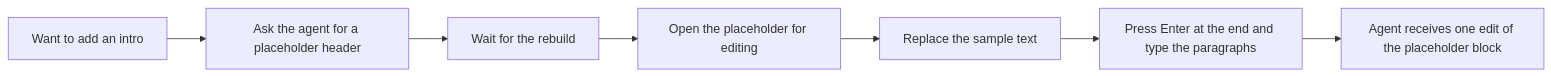
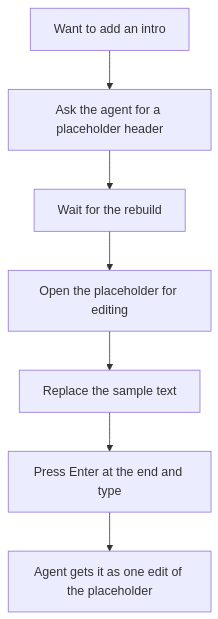
Before and after one commit to kenxle/live-agentic-html-editor: the diagram in docs/features/20260928.01_free_writing/01_brief_free_writing.md, drawn with Mermaid. The commit also changed 1 other file, not shown here.

Commit message:
Free writing brief: status-quo diagram runs top to bottom so it fits the page

````diff
--- a/docs/features/20260928.01_free_writing/01_brief_free_writing.md
+++ b/docs/features/20260928.01_free_writing/01_brief_free_writing.md
@@ -11,9 +11,9 @@
 ```mermaid
-flowchart LR
+flowchart TD
   A[Want to add an intro] --> B[Ask the agent for a placeholder header]
   B --> C[Wait for the rebuild]
   C --> D[Open the placeholder for editing]
   D --> E[Replace the sample text]
-  E --> F[Press Enter at the end and type the paragraphs]
-  F --> G[Agent receives one edit of the placeholder block]
+  E --> F[Press Enter at the end and type]
+  F --> G[Agent gets it as one edit of the placeholder]
 ```
````
